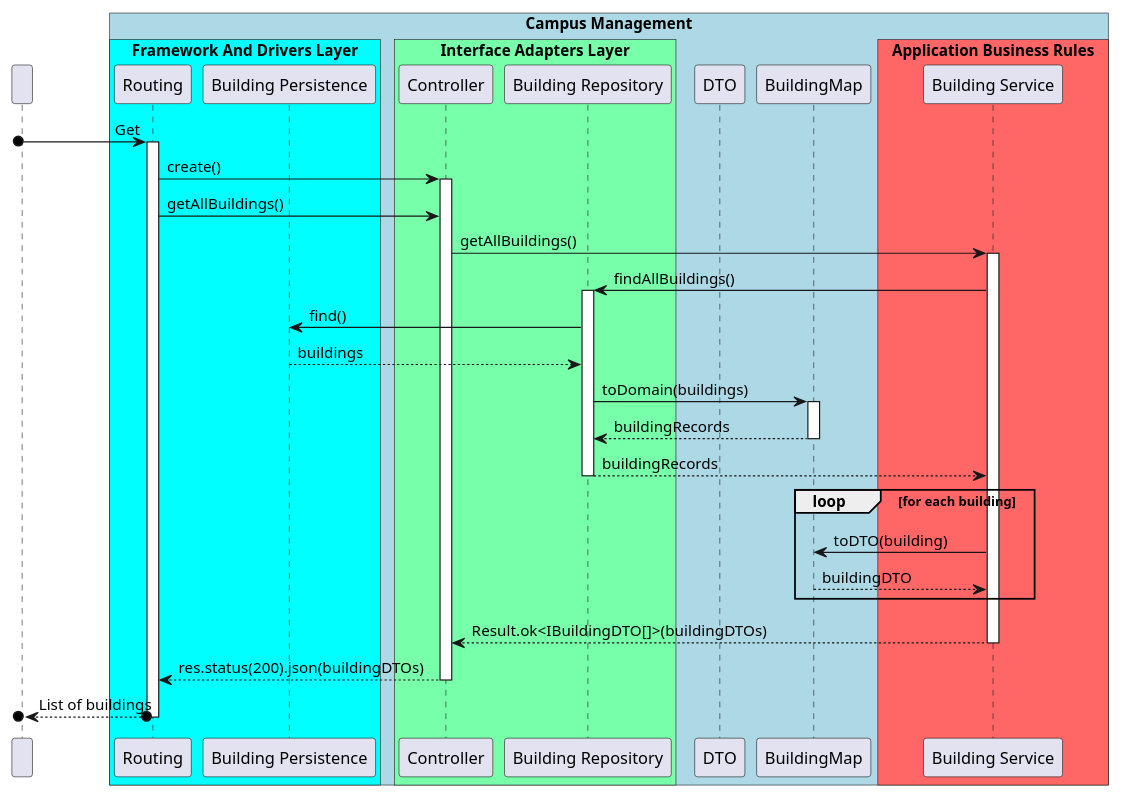
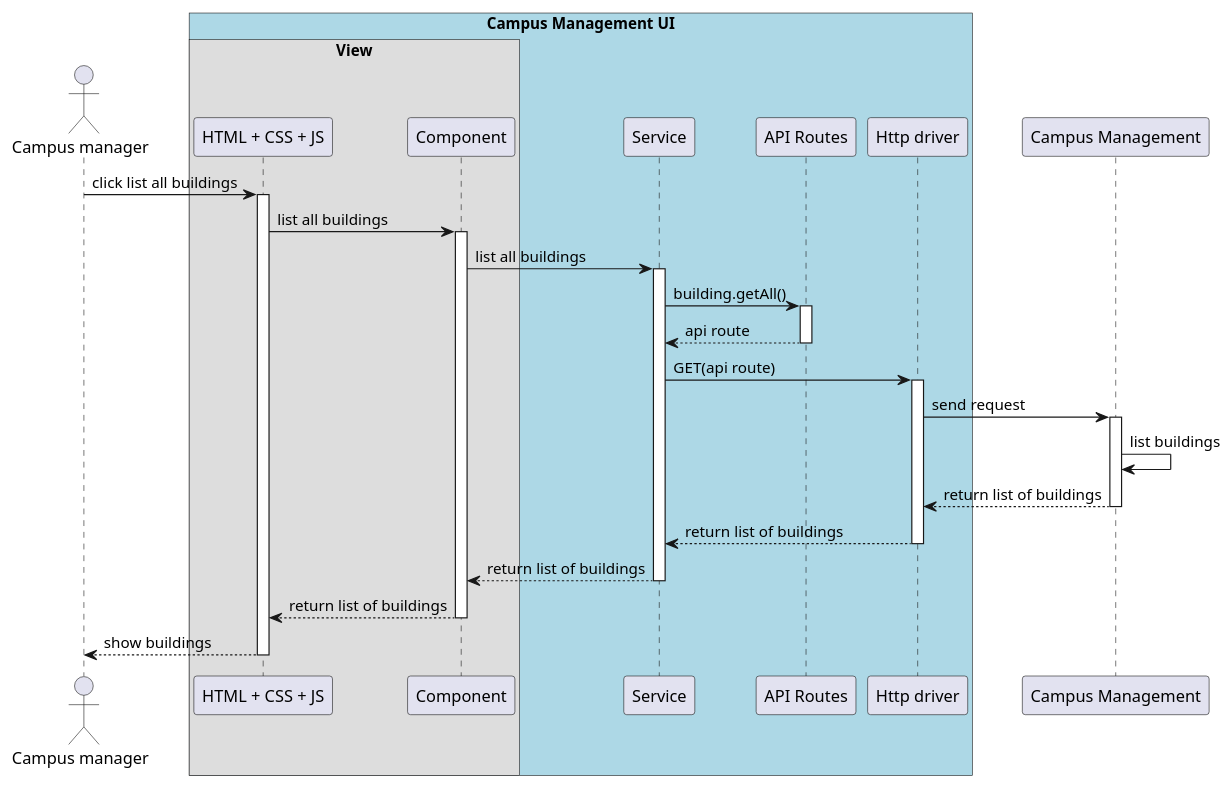
One commit to winqus/RobDroneGo changed the diagram in docs/US/Sprint_B/ID-170-ID-1060/PV_lv3.puml. Above: the diagram before and after it, drawn with PlantUML. The commit also changed 4 other files, not shown here.

```diff
--- a/docs/US/Sprint_B/ID-170-ID-1060/PV_lv3.puml
+++ b/docs/US/Sprint_B/ID-170-ID-1060/PV_lv3.puml
@@ -1,61 +1,57 @@
 @startuml SD Lv3
-
 !pragma teoz true
 
-participant " "
-box "Campus Management" #LightBlue
+actor "Campus manager" as user
+box "Campus Management UI" #LightBlue
 
-    box "Framework And Drivers Layer" #00ffff
-        participant Routing
-        participant "Building Persistence" as Schema
+    box "View"
+        participant "HTML + CSS + JS" as html
+        participant "Component" as component
     end box
-
-    box "Interface Adapters Layer" #77ffaa
-        participant Controller
-        participant "Building Repository" as Repository
-    end box
-
-    participant DTO
-    participant BuildingMap as Map
-    box "Application Business Rules" #ff6666
-        participant "Building Service" as Service
-    end box
+    participant "Service" as service
+    participant "API Routes" as API_ROUTES
+    participant "Http driver" as http
 
 end box
+participant "Campus Management" as campus
 
+user -> html : click list all buildings
+activate html
 
-[o-> Routing : Get
-activate Routing
+    html -> component : list all buildings
+    activate component
 
-    Routing -> Controller : create()
-    activate Controller
-    Routing -> Controller : getAllBuildings()
+        component -> service : list all buildings
+        activate service
 
-        Controller -> Service : getAllBuildings()
-        activate Service
-            Service -> Repository : findAllBuildings()
-            activate Repository
-                Repository -> Schema : find()
-                Schema --> Repository : buildings
+            service -> API_ROUTES : building.getAll()
+            activate API_ROUTES
 
-                    Repository -> Map : toDomain(buildings)
-                    activate Map
-                        Map --> Repository : buildingRecords
-                    deactivate Map
-                Repository --> Service : buildingRecords
-            deactivate Repository
-            loop for each building
-                Service -> Map : toDTO(building)
-                Map --> Service : buildingDTO
-            end
-            Service --> Controller :  Result.ok<IBuildingDTO[]>(buildingDTOs)
-        deactivate Service
+            API_ROUTES --> service : api route
+            deactivate API_ROUTES
 
-    Controller --> Routing : res.status(200).json(buildingDTOs)
-    deactivate Controller
+            service -> http : GET(api route)
+            activate http
 
-[o<--o Routing : List of buildings
-deactivate Routing
+                http -> campus : send request
+                activate campus
+
+                    campus -> campus : list buildings
+                    
+                campus --> http : return list of buildings
+                deactivate campus
+
+            http --> service : return list of buildings
+            deactivate http
+
+        service --> component : return list of buildings
+        deactivate service
+
+    component --> html : return list of buildings
+    deactivate component
+
+html --> user : show buildings
+deactivate html
 
 
 @enduml
```
